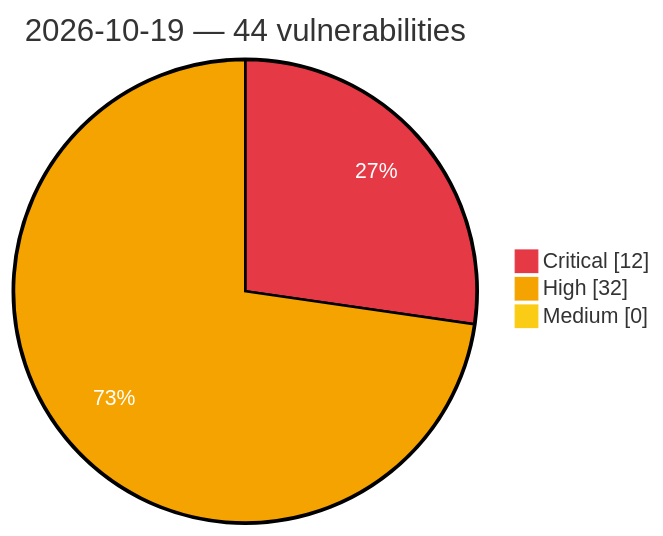
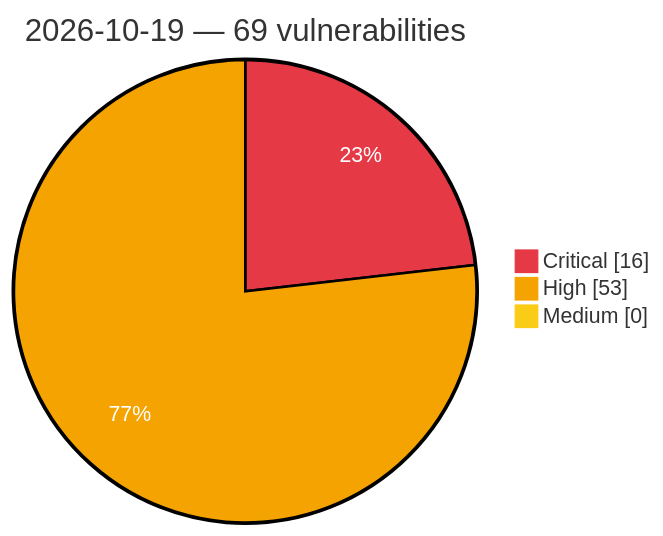
One commit to GhostX0X/vuln-tracker changed the diagram in vulnerabilities/2026/October/2026-10-19.md. Above: the diagram before and after it, drawn with Mermaid. The commit also changed other lines of this file and 5 other files, not shown here.

Commit message:
Auto update: critical/high vulns (2026-10-19 23:40 UTC)

````diff
--- a/vulnerabilities/2026/October/2026-10-19.md
+++ b/vulnerabilities/2026/October/2026-10-19.md
@@ -3,8 +3,8 @@
 ```mermaid
 %%{init: {'theme':'base', 'themeVariables': {'pie1':'#e63946', 'pie2':'#f4a300', 'pie3':'#facc15', 'pieOpacity':'1', 'pieOuterStrokeWidth':'2px', 'pieSectionTextColor':'#ffffff'}}}%%
 pie showData
-    title 2026-10-19 — 44 vulnerabilities
-    "Critical" : 12
-    "High" : 32
+    title 2026-10-19 — 69 vulnerabilities
+    "Critical" : 16
+    "High" : 53
     "Medium" : 0
 ```
````
